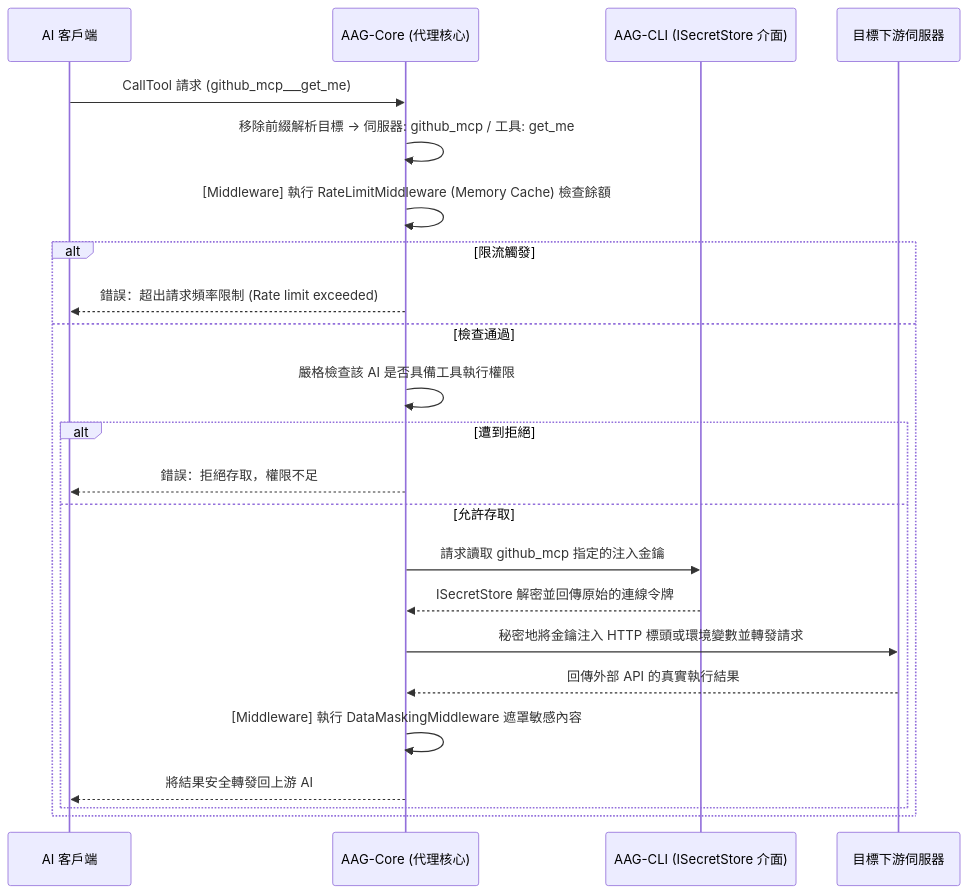
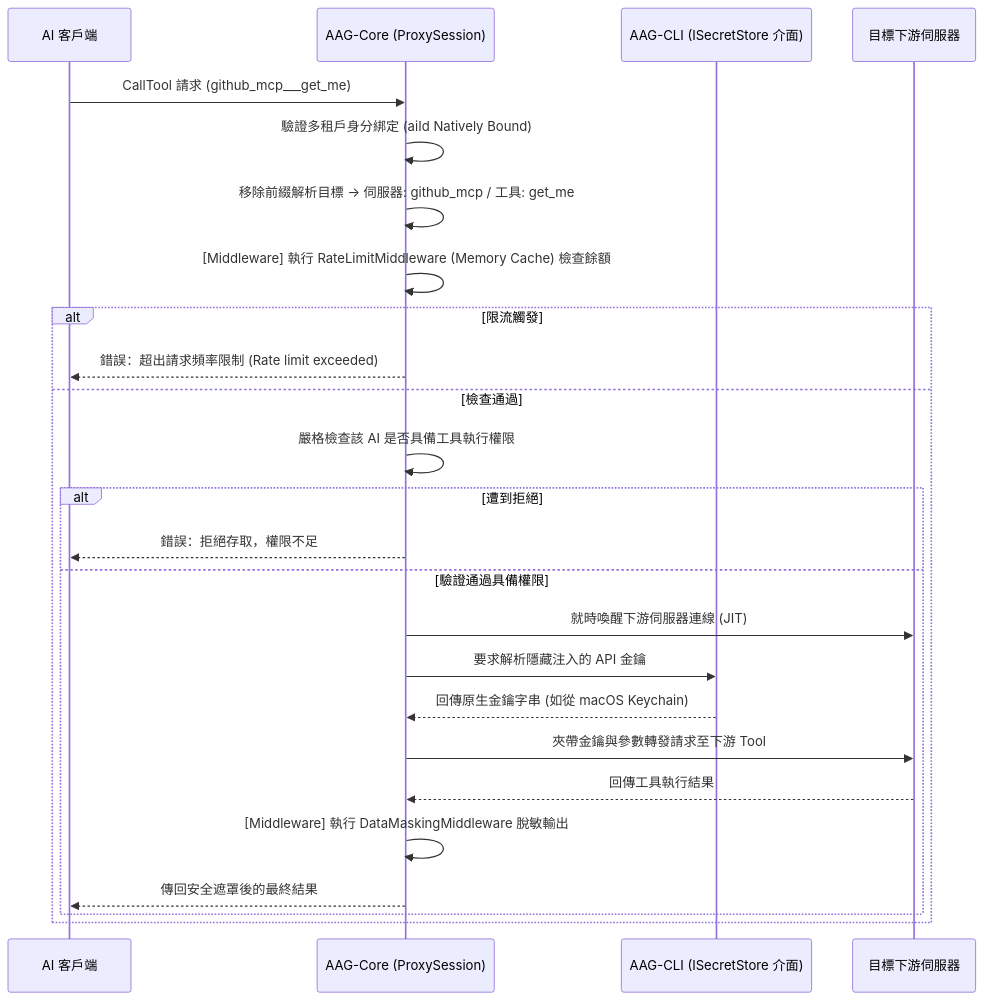
One commit to Cyber-Sec-Space/ai-auth-gateway changed the third of 3 diagrams in ARCHITECTURE_ZH.md. Above: the diagram before and after it, drawn with Mermaid. The commit also changed other lines of this file and 1 other file, not shown here.

Commit message:
docs(architecture): update sequence diagrams to reflect aag-core v2.0.0 SaaS ProxySession bindings and JIT Wakeup mechanisms

````diff
--- a/ARCHITECTURE_ZH.md
+++ b/ARCHITECTURE_ZH.md
@@ -125,26 +123,28 @@
 ```mermaid
 sequenceDiagram
     participant AI as AI 客戶端
-    participant Core as AAG-Core (代理核心)
+    participant Core as AAG-Core (ProxySession)
     participant KV as AAG-CLI (ISecretStore 介面)
     participant MCP as 目標下游伺服器
 
     AI->>Core: CallTool 請求 (github_mcp___get_me)
+    Core->>Core: 驗證多租戶身分綁定 (aiId Natively Bound)
     Core->>Core: 移除前綴解析目標 -> 伺服器: github_mcp / 工具: get_me
     Core->>Core: [Middleware] 執行 RateLimitMiddleware (Memory Cache) 檢查餘額
     alt 限流觸發
         Core-->>AI: 錯誤：超出請求頻率限制 (Rate limit exceeded)
     else 檢查通過
         Core->>Core: 嚴格檢查該 AI 是否具備工具執行權限
         alt 遭到拒絕
             Core-->>AI: 錯誤：拒絕存取，權限不足
-        else 允許存取
-            Core->>KV: 請求讀取 github_mcp 指定的注入金鑰
-            KV-->>Core: ISecretStore 解密並回傳原始的連線令牌
-            Core->>MCP: 秘密地將金鑰注入 HTTP 標頭或環境變數並轉發請求
-            MCP-->>Core: 回傳外部 API 的真實執行結果
-            Core->>Core: [Middleware] 執行 DataMaskingMiddleware 遮罩敏感內容
-            Core-->>AI: 將結果安全轉發回上游 AI
+        else 驗證通過具備權限
+            Core->>MCP: 就時喚醒下游伺服器連線 (JIT)
+            Core->>KV: 要求解析隱藏注入的 API 金鑰
+            KV-->>Core: 回傳原生金鑰字串 (如從 macOS Keychain)
+            Core->>MCP: 夾帶金鑰與參數轉發請求至下游 Tool
+            MCP-->>Core: 回傳工具執行結果
+            Core->>Core: [Middleware] 執行 DataMaskingMiddleware 脫敏輸出
+            Core-->>AI: 傳回安全遮罩後的最終結果
         end
     end
 ```
````
